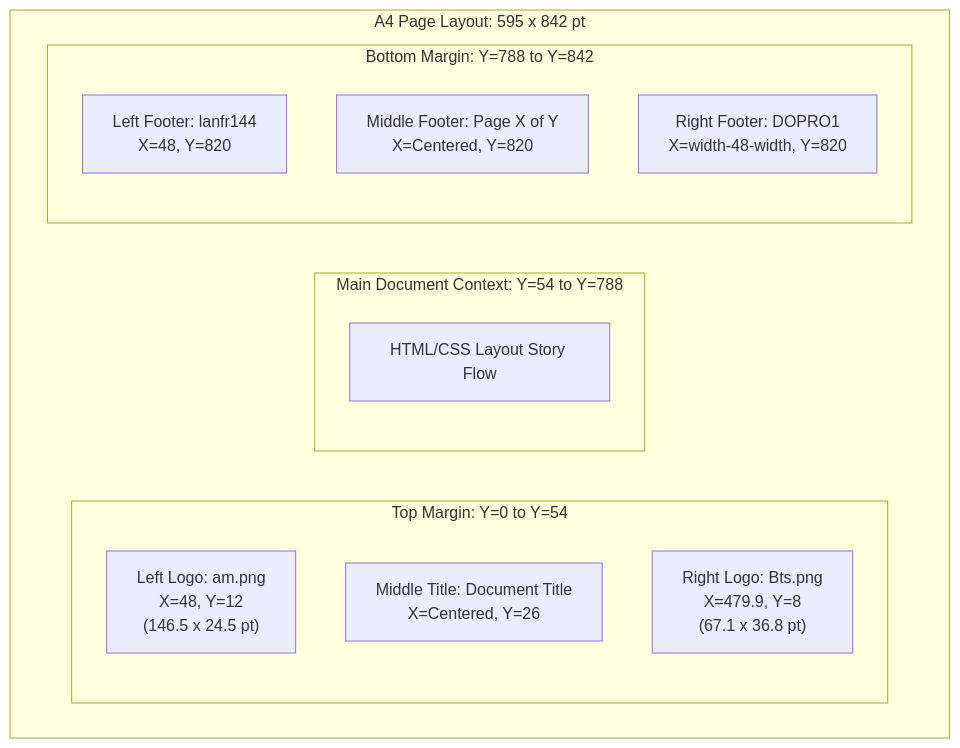
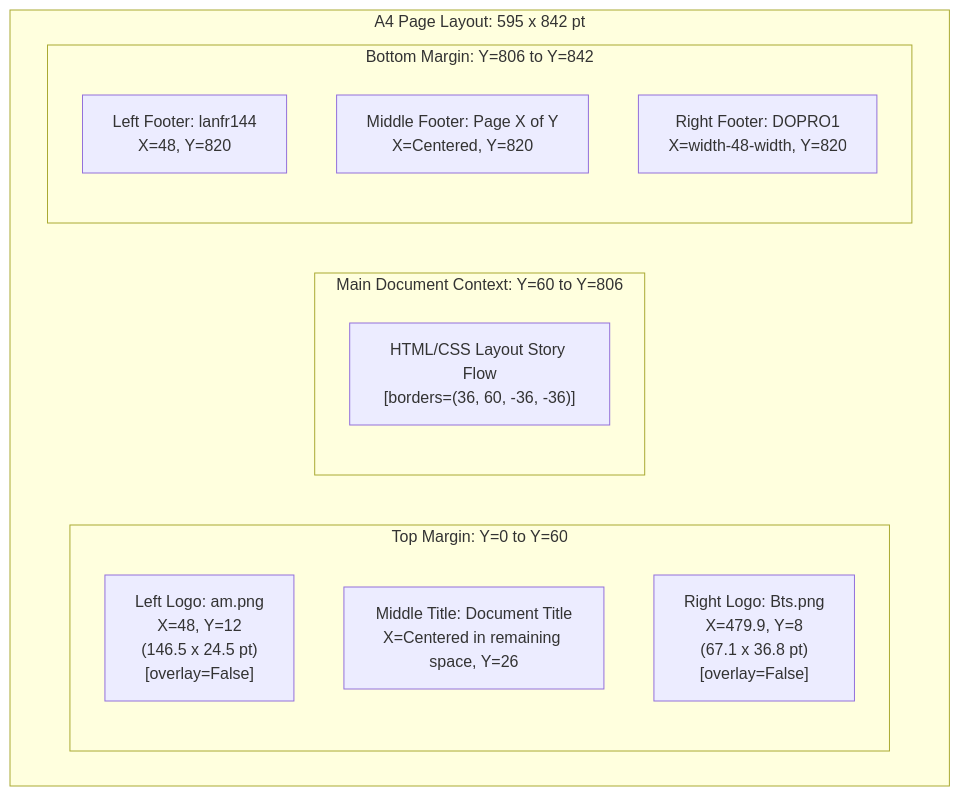
One commit to lanfr144/LocalFoodAI_lanfr144 changed the diagram in docs/Header_Footer_Antigravity.md. Above: the diagram before and after it, drawn with Mermaid. The commit also changed other lines of this file and 36 other files, not shown here.

Commit message:
[#1] Center title between header logos, draw images in background, and shift top content margin to prevent collisions

````diff
--- a/docs/Header_Footer_Antigravity.md
+++ b/docs/Header_Footer_Antigravity.md
@@ -15,20 +15,20 @@
 ```mermaid
 graph TD
     subgraph A4 Page Boundary [A4 Page Layout: 595 x 842 pt]
-        subgraph Top Margin Area [Top Margin: Y=0 to Y=54]
-            L_Logo["Left Logo: am.png<br/>X=48, Y=12<br/>(146.5 x 24.5 pt)"]
-            M_Title["Middle Title: Document Title<br/>X=Centered, Y=26"]
-            R_Logo["Right Logo: Bts.png<br/>X=479.9, Y=8<br/>(67.1 x 36.8 pt)"]
+        subgraph Top Margin Area [Top Margin: Y=0 to Y=60]
+            L_Logo["Left Logo: am.png<br/>X=48, Y=12<br/>(146.5 x 24.5 pt)<br/>[overlay=False]"]
+            M_Title["Middle Title: Document Title<br/>X=Centered in remaining space, Y=26"]
+            R_Logo["Right Logo: Bts.png<br/>X=479.9, Y=8<br/>(67.1 x 36.8 pt)<br/>[overlay=False]"]
         end
         
-        subgraph Content Area [Main Document Context: Y=54 to Y=788]
-            Content["HTML/CSS Layout Story Flow"]
+        subgraph Content Area [Main Document Context: Y=60 to Y=806]
+            Content["HTML/CSS Layout Story Flow<br/>[borders=(36, 60, -36, -36)]"]
         end
         
-        subgraph Bottom Margin Area [Bottom Margin: Y=788 to Y=842]
+        subgraph Bottom Margin Area [Bottom Margin: Y=806 to Y=842]
             L_Foot["Left Footer: lanfr144<br/>X=48, Y=820"]
             M_Foot["Middle Footer: Page X of Y<br/>X=Centered, Y=820"]
             R_Foot["Right Footer: DOPRO1<br/>X=width-48-width, Y=820"]
         end
     end
 ```
````
